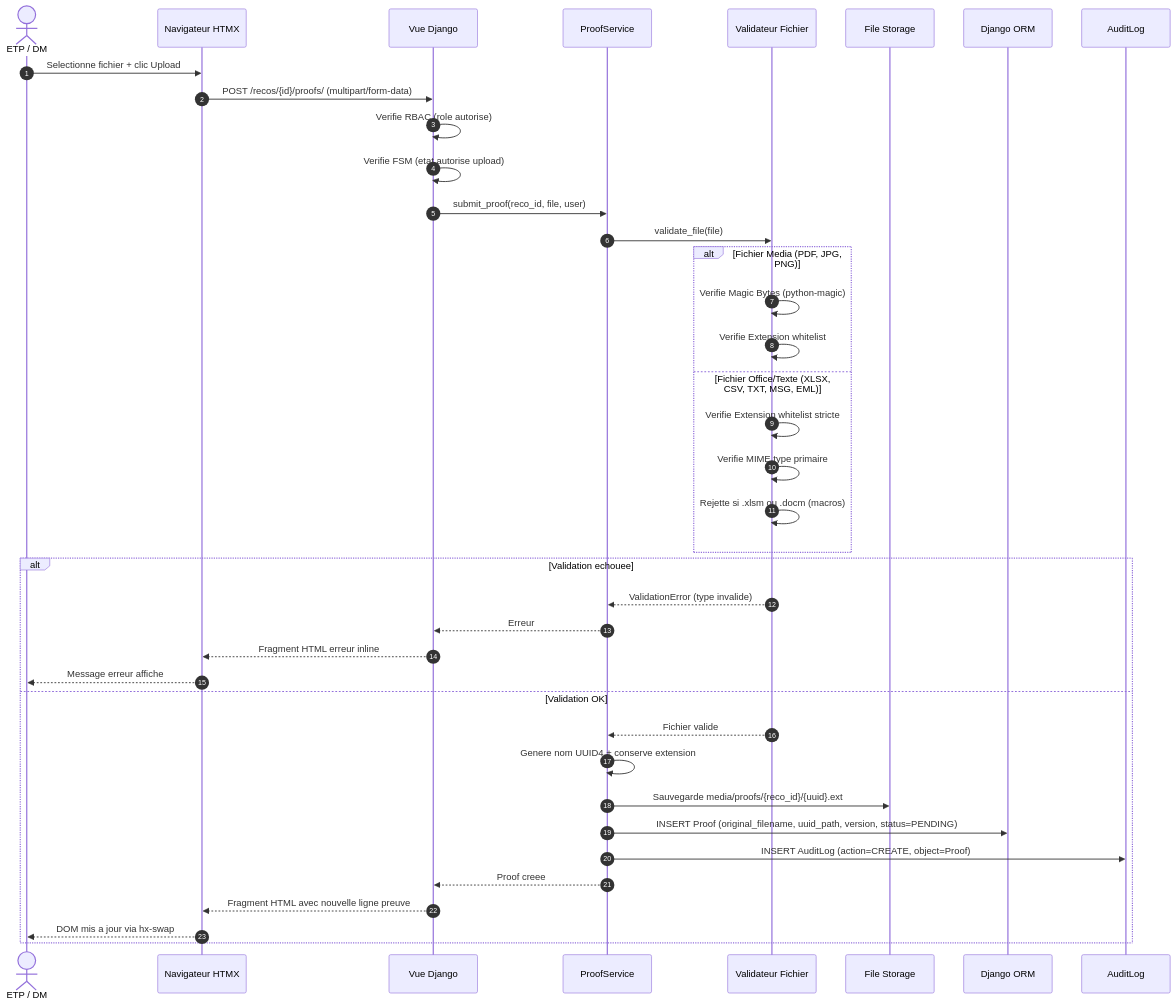
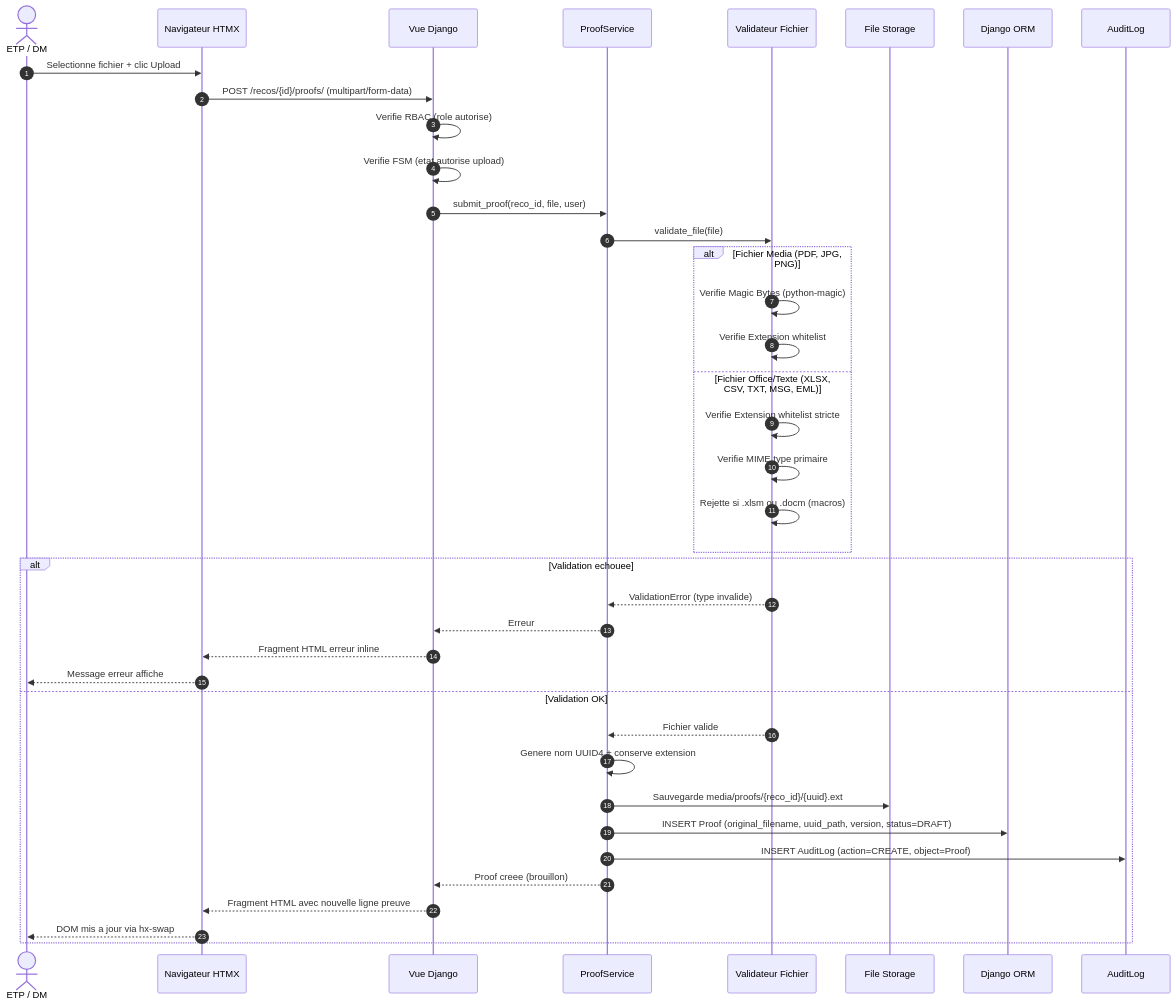
One commit to Tchendjou2003/bicec--Sentinel changed diagram 14 of 24 in _bmad-output/planning-artifacts/architecture-v2.md. Above: the diagram before and after it, drawn with Mermaid. The commit also changed other lines of this file and 7 other files, not shown here.

Commit message:
feat: add planning artifacts including UX design specifications, architecture, and project documentation

````diff
--- a/_bmad-output/planning-artifacts/architecture-v2.md
+++ b/_bmad-output/planning-artifacts/architecture-v2.md
@@ -1033,46 +1064,46 @@
 ```mermaid
 sequenceDiagram
     autonumber
     actor USER as ETP / DM
     participant HTML as Navigateur HTMX
     participant VUE as Vue Django
     participant SVC as ProofService
     participant VALID as Validateur Fichier
     participant DISK as File Storage
     participant ORM as Django ORM
     participant LOG as AuditLog
 
     USER->>HTML: Selectionne fichier + clic Upload
     HTML->>VUE: POST /recos/{id}/proofs/ (multipart/form-data)
 
     VUE->>VUE: Verifie RBAC (role autorise)
     VUE->>VUE: Verifie FSM (etat autorise upload)
 
     VUE->>SVC: submit_proof(reco_id, file, user)
     SVC->>VALID: validate_file(file)
 
     alt Fichier Media (PDF, JPG, PNG)
         VALID->>VALID: Verifie Magic Bytes (python-magic)
         VALID->>VALID: Verifie Extension whitelist
     else Fichier Office/Texte (XLSX, CSV, TXT, MSG, EML)
         VALID->>VALID: Verifie Extension whitelist stricte
         VALID->>VALID: Verifie MIME type primaire
         VALID->>VALID: Rejette si .xlsm ou .docm (macros)
     end
 
     alt Validation echouee
         VALID-->>SVC: ValidationError (type invalide)
         SVC-->>VUE: Erreur
         VUE-->>HTML: Fragment HTML erreur inline
         HTML-->>USER: Message erreur affiche
     else Validation OK
         VALID-->>SVC: Fichier valide
         SVC->>SVC: Genere nom UUID4 + conserve extension
         SVC->>DISK: Sauvegarde media/proofs/{reco_id}/{uuid}.ext
-        SVC->>ORM: INSERT Proof (original_filename, uuid_path, version, status=PENDING)
+        SVC->>ORM: INSERT Proof (original_filename, uuid_path, version, status=DRAFT)
         SVC->>LOG: INSERT AuditLog (action=CREATE, object=Proof)
-        SVC-->>VUE: Proof creee
+        SVC-->>VUE: Proof creee (brouillon)
         VUE-->>HTML: Fragment HTML avec nouvelle ligne preuve
         HTML-->>USER: DOM mis a jour via hx-swap
     end
 ```
````
